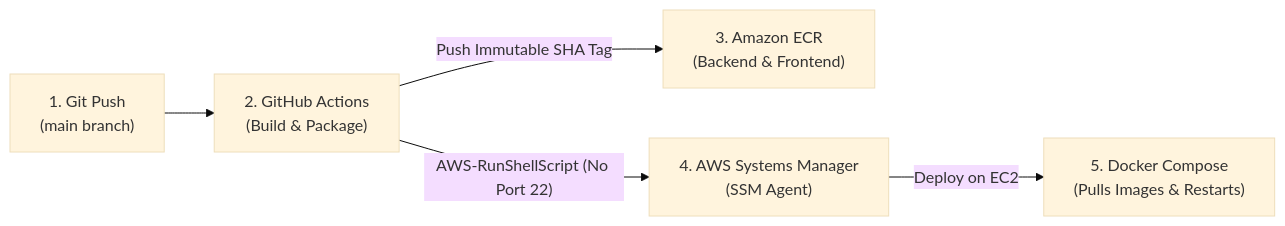
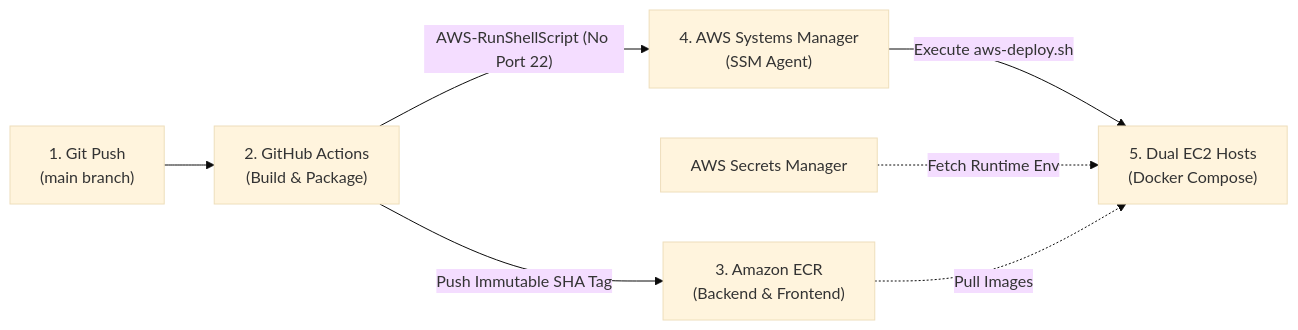
One commit to BGYKanishka/architecture_project changed the third of 4 diagrams in README.md. Above: the diagram before and after it, drawn with Mermaid (base theme). The commit also changed other lines of this file and 2 other files, not shown here.

Commit message:
docs: update architecture diagrams, database schema, and AWS deployment script for production readiness

````diff
--- a/README.md
+++ b/README.md
@@ -154,7 +167,9 @@
 ```mermaid
 flowchart LR
     Push["1. Git Push\n(main branch)"] --> GHA["2. GitHub Actions\n(Build & Package)"]
     GHA -->|"Push Immutable SHA Tag"| ECR["3. Amazon ECR\n(Backend & Frontend)"]
     GHA -->|"AWS-RunShellScript (No Port 22)"| SSM["4. AWS Systems Manager\n(SSM Agent)"]
-    SSM -->|"Deploy on EC2"| EC2["5. Docker Compose\n(Pulls Images & Restarts)"]
+    SSM -->|"Execute aws-deploy.sh"| EC2["5. Dual EC2 Hosts\n(Docker Compose)"]
+    Secrets["AWS Secrets Manager"] -.->|"Fetch Runtime Env"| EC2
+    ECR -.->|"Pull Images"| EC2
 ```
````
